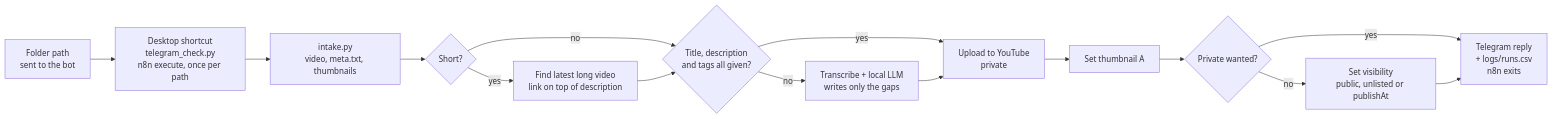
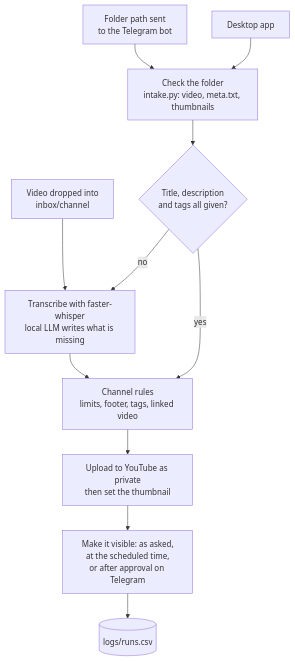
Before and after one commit to sguhring/n8n-yt-publish: the diagram in README.md, drawn with Mermaid. The commit also changed other lines of this file and 5 other files, not shown here.

````diff
--- a/README.md
+++ b/README.md
@@ -84,17 +54,13 @@
 ```mermaid
-flowchart LR
-  S[Folder path<br/>sent to the bot] --> T[Desktop shortcut<br/>telegram_check.py<br/>n8n execute, once per path]
-  T --> B[intake.py<br/>video, meta.txt, thumbnails]
-  B --> L{Short?}
-  L -- yes --> LV[Find latest long video<br/>link on top of description]
-  L -- no --> C
-  LV --> C{Title, description<br/>and tags all given?}
-  C -- no --> D[Transcribe + local LLM<br/>writes only the gaps]
-  C -- yes --> E
-  D --> E[Upload to YouTube<br/>private]
-  E --> F[Set thumbnail A]
-  F --> V{Private wanted?}
-  V -- no --> W[Set visibility<br/>public, unlisted or publishAt]
-  V -- yes --> G
-  W --> G[Telegram reply<br/>+ logs/runs.csv<br/>n8n exits]
+flowchart TD
+  A[Folder path sent<br/>to the Telegram bot] --> I
+  B[Desktop app] --> I
+  C[Video dropped into<br/>inbox/channel] --> T
+  I[Check the folder<br/>intake.py: video, meta.txt, thumbnails] --> Q{Title, description<br/>and tags all given?}
+  Q -- no --> T[Transcribe with faster-whisper<br/>local LLM writes what is missing]
+  Q -- yes --> R
+  T --> R[Channel rules<br/>limits, footer, tags, linked video]
+  R --> U[Upload to YouTube as private<br/>then set the thumbnail]
+  U --> V[Make it visible: as asked,<br/>at the scheduled time,<br/>or after approval on Telegram]
+  V --> G[(logs/runs.csv)]
 ```
````
